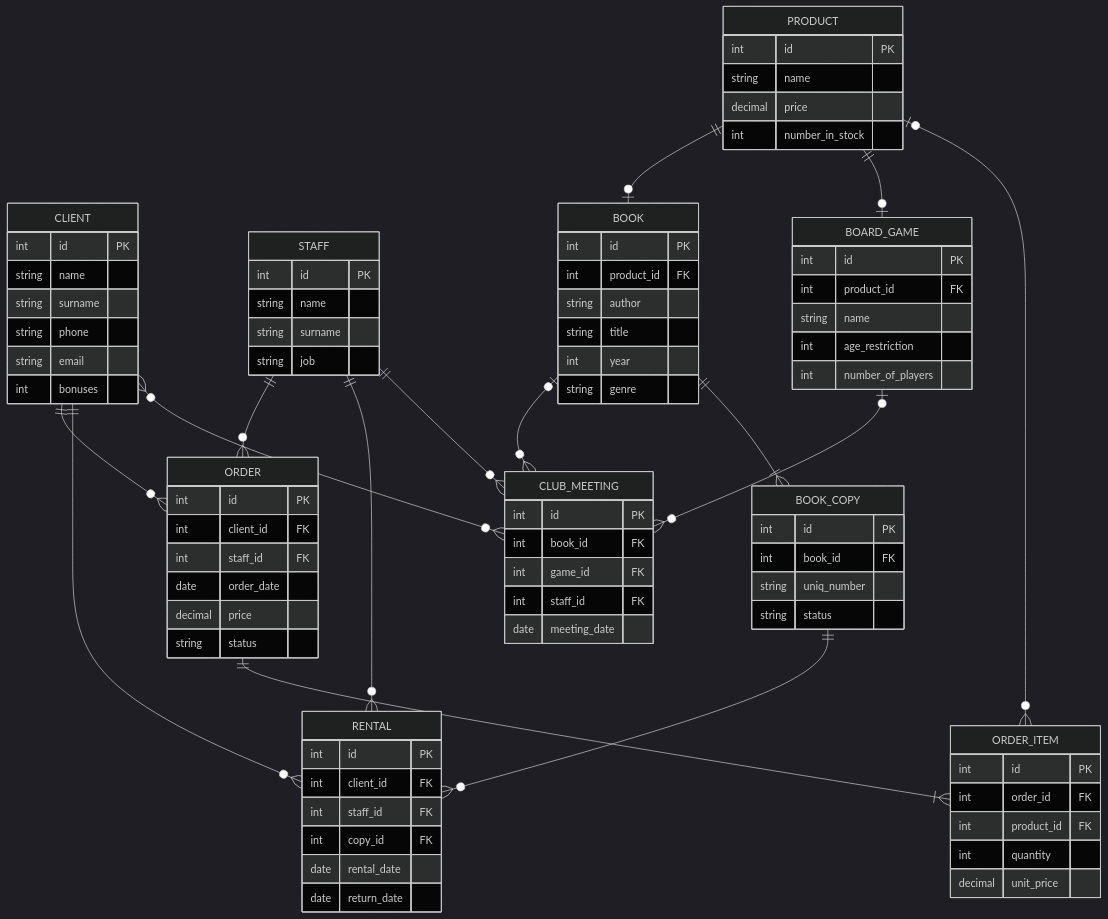
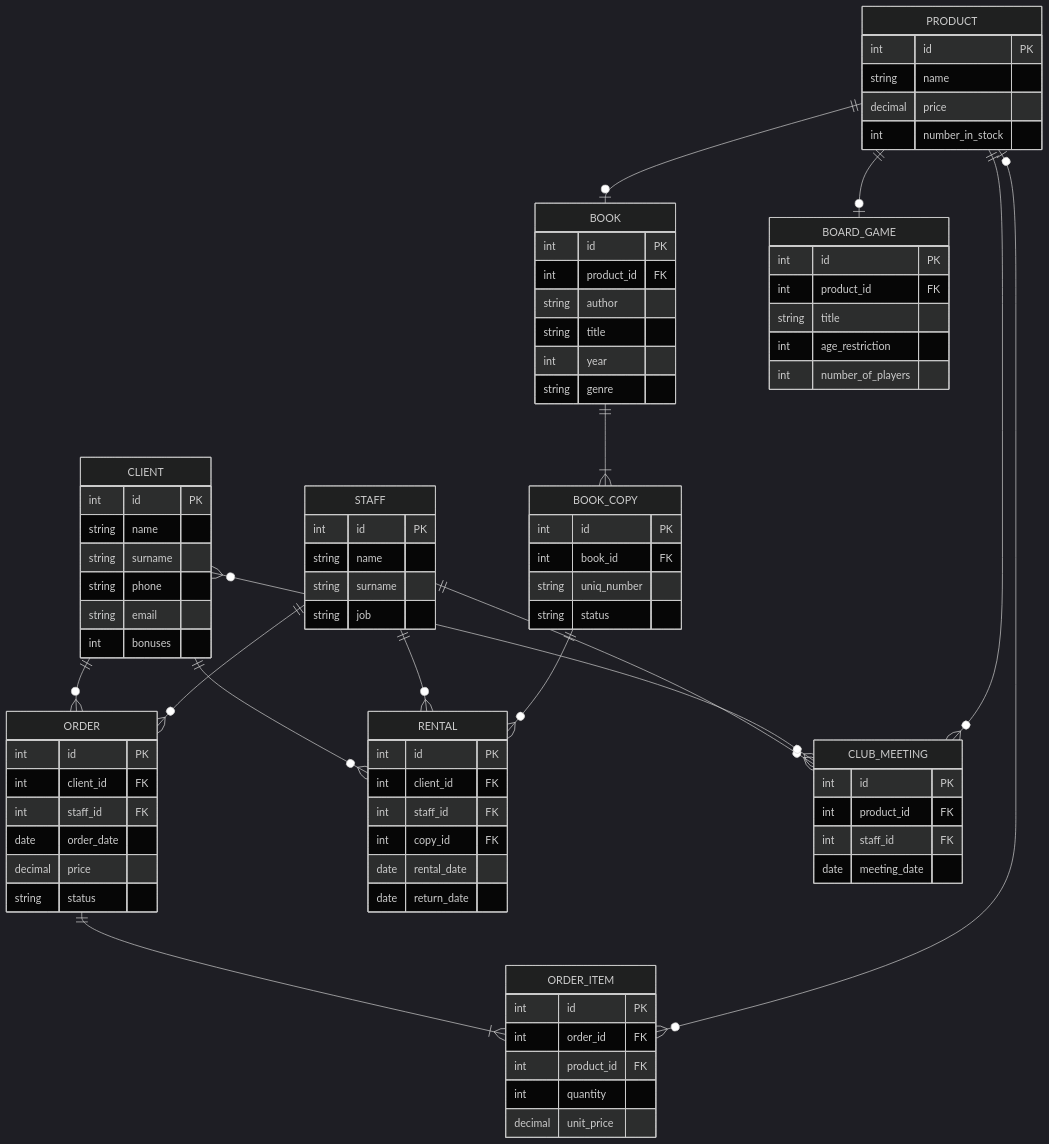
One commit to sofiakiosova37-boop/bookshop_kpi2 changed the diagram in task1/ERdiagram.mmd. Above: the diagram before and after it, drawn with Mermaid (dark theme). The commit also changed 1 other file, not shown here.

Commit message:
Last changes to diagram amd conection between enteties, usage of entetz product for club meeting instead of 2 different enteties book&game

```diff
--- a/task1/ERdiagram.mmd
+++ b/task1/ERdiagram.mmd
@@ -1,97 +1,95 @@
 erDiagram
 CLIENT ||--o{ ORDER : ""
 CLIENT ||--o{ RENTAL : ""
 STAFF ||--o{ ORDER : ""
 STAFF||--o{ RENTAL : ""
 STAFF ||--o{ CLUB_MEETING : ""
 CLIENT }o--o{ CLUB_MEETING: ""
-BOOK |o--o{ CLUB_MEETING: ""
-BOARD_GAME |o--o{ CLUB_MEETING: ""
+PRODUCT ||--o{ CLUB_MEETING : ""
 ORDER ||--|{ ORDER_ITEM : ""
 BOOK_COPY ||--o{ RENTAL : ""
 BOOK ||--|{ BOOK_COPY: ""
 PRODUCT ||--o|BOOK: ""
 PRODUCT ||--o|BOARD_GAME: ""
 PRODUCT |o--o{ORDER_ITEM: ""
 
 STAFF {
     int id PK
     string name
     string surname
     string job
 }
 
 CLIENT {
     int id PK
     string name
     string surname
     string phone
     string email
     int bonuses
 }
 
 BOOK {
     int id PK
     int product_id FK
     string author
     string title
     int year
     string genre
 }
 
 BOARD_GAME {
     int id PK
     int product_id FK
-    string name
+    string title
     int age_restriction
     int number_of_players
 }
 
 PRODUCT {
     int id PK
     string name
     decimal price
     int number_in_stock
 }
 
 
 BOOK_COPY {
     int id PK
     int book_id FK
     string uniq_number
     string status
 }
 
 ORDER {
     int id PK
     int client_id FK
     int staff_id FK
     date order_date 
     decimal price
     string status
 }
 
 RENTAL {
     int id PK
     int client_id FK 
     int staff_id FK 
     int copy_id FK
     date rental_date
     date return_date
 }
 
 CLUB_MEETING {
     int id PK
-    int book_id FK
-    int game_id FK
+    int product_id FK
     int staff_id FK
     date meeting_date
 }
 
 ORDER_ITEM {
     int id PK
     int order_id FK
     int product_id FK
     int quantity
     decimal unit_price
 }
```
